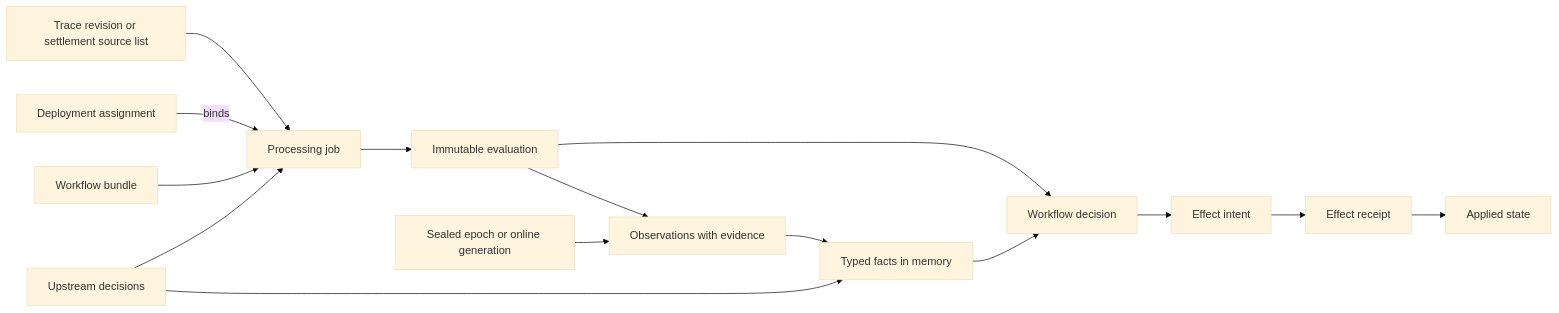
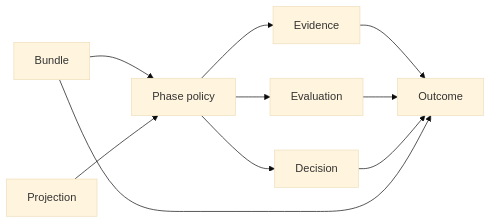
The first of 3 diagrams in docs/redesign/proposal.md (TraceCommons/trace-commons), drawn with Mermaid (base theme) before and after one commit. The commit also changed other lines of this file, not shown here.

````diff
--- a/docs/redesign/proposal.md
+++ b/docs/redesign/proposal.md
@@ -123,17 +154,12 @@
 ```mermaid
 flowchart LR
-    TR[Trace revision or settlement source list] --> PJ[Processing job]
-    DA[Deployment assignment] -->|binds| PJ
-    WB[Workflow bundle] --> PJ
-    UP[Upstream decisions] --> PJ
-    PJ --> EV[Immutable evaluation]
-    EV --> OB[Observations with evidence]
-    EV --> DE[Workflow decision]
-    IX[Sealed epoch or online generation] --> OB
-    OB --> FA[Typed facts in memory]
-    UP --> FA
-    FA --> DE
-    DE --> EI[Effect intent]
-    EI --> ER[Effect receipt]
-    ER --> ES[Applied state]
+    B[Bundle] --> P[Phase policy]
+    PR[Projection] --> P
+    P --> E[Evidence]
+    P --> V[Evaluation]
+    P --> D[Decision]
+    E --> O[Outcome]
+    V --> O
+    D --> O
+    B --> O
 ```
````
